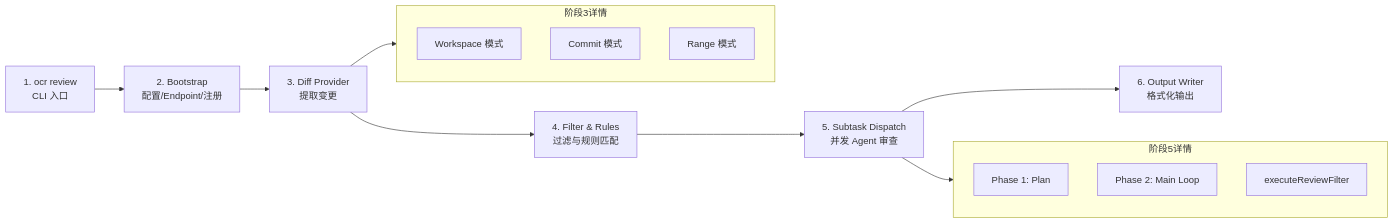
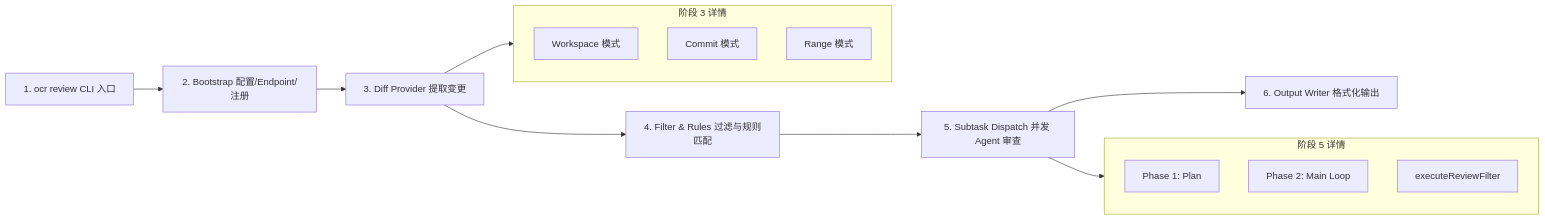
The second of 12 diagrams in doc/bundles/jishu/ai/products/open-code-review/concepts/01-architecture.md (awesome-flexloop/awesome-okf), drawn with Mermaid before and after one commit. The commit also changed other lines of this file and 10 other files, not shown here.

First line of the commit message:
docs(bundle): 清偿 Open Code Review 存量 Mermaid 违规避免规范漂移累积

````diff
--- a/doc/bundles/jishu/ai/products/open-code-review/concepts/01-architecture.md
+++ b/doc/bundles/jishu/ai/products/open-code-review/concepts/01-architecture.md
@@ -99,23 +94,20 @@
 ```mermaid
 flowchart LR
-    A["1. ocr review<br/>CLI 入口"] --> B["2. Bootstrap<br/>配置/Endpoint/注册"]
-    B --> C["3. Diff Provider<br/>提取变更"]
-    C --> D["4. Filter & Rules<br/>过滤与规则匹配"]
-    D --> E["5. Subtask Dispatch<br/>并发 Agent 审查"]
-    E --> F["6. Output Writer<br/>格式化输出"]
-
-    subgraph 阶段3详情
+    A["1. ocr review CLI 入口"] --> B["2. Bootstrap 配置/Endpoint/注册"]
+    B --> C["3. Diff Provider 提取变更"]
+    C --> D["4. Filter & Rules 过滤与规则匹配"]
+    D --> E["5. Subtask Dispatch 并发 Agent 审查"]
+    E --> F["6. Output Writer 格式化输出"]
+    subgraph STAGE3 ["阶段 3 详情"]
         C1["Workspace 模式"]
         C2["Commit 模式"]
         C3["Range 模式"]
     end
-
-    subgraph 阶段5详情
+    subgraph STAGE5 ["阶段 5 详情"]
         E1["Phase 1: Plan"]
         E2["Phase 2: Main Loop"]
         E3["executeReviewFilter"]
     end
-
-    C --> 阶段3详情
-    E --> 阶段5详情
+    C --> STAGE3
+    E --> STAGE5
 ```
````
